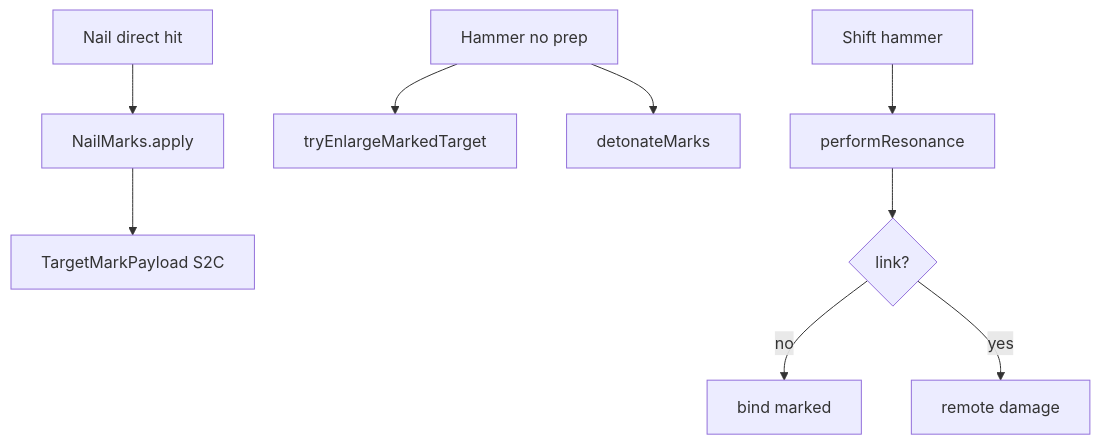
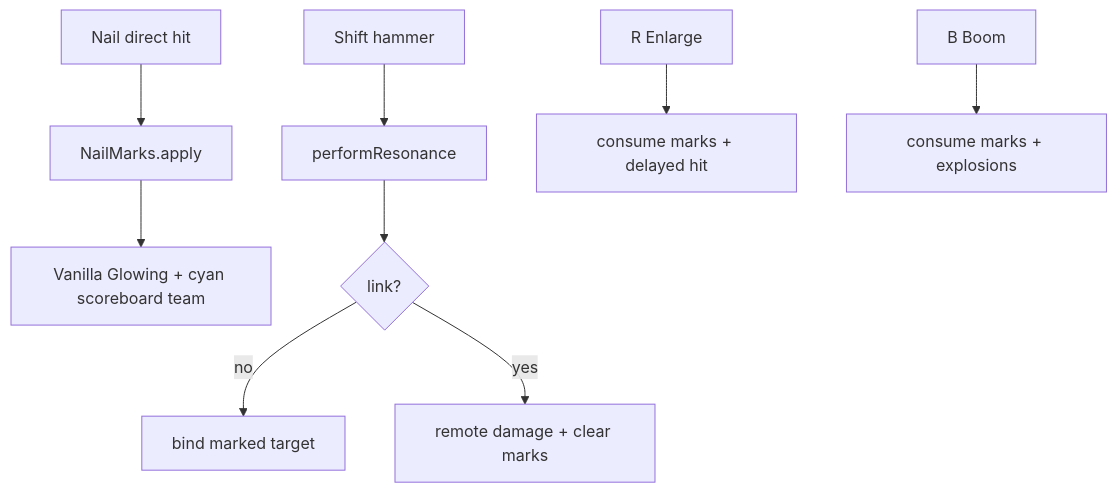
One commit to grebeshok105/jujutsu-minecraft changed the diagram in Jujutsu Kaizen/jujutsumod-codebase-codex/03-systems/Target-marks-and-resonance.md. Above: the diagram before and after it, drawn with Mermaid. The commit also changed other lines of this file and 21 other files, not shown here.

````diff
--- a/Jujutsu Kaizen/jujutsumod-codebase-codex/03-systems/Target-marks-and-resonance.md
+++ b/Jujutsu Kaizen/jujutsumod-codebase-codex/03-systems/Target-marks-and-resonance.md
@@ -69,11 +69,11 @@
 ```mermaid
 flowchart TD
   hit[Nail direct hit] --> apply[NailMarks.apply]
-  apply --> payload[TargetMarkPayload S2C]
-  hammer[Hammer no prep] --> enlarge[tryEnlargeMarkedTarget]
-  hammer --> det[detonateMarks]
+  apply --> glow[Vanilla Glowing + cyan scoreboard team]
   shift[Shift hammer] --> res[performResonance]
   res --> bind{link?}
-  bind -->|no| bindT[bind marked]
-  bind -->|yes| strike[remote damage]
+  bind -->|no| bindT[bind marked target]
+  bind -->|yes| strike[remote damage + clear marks]
+  keyR[R Enlarge] --> enlarge[consume marks + delayed hit]
+  keyB[B Boom] --> boom[consume marks + explosions]
 ```
````
